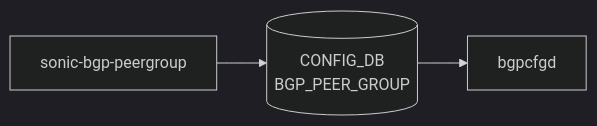
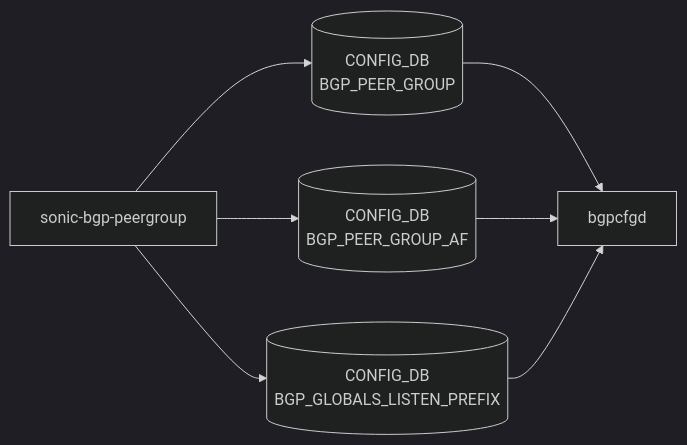
Before and after one commit to aoki-taquan/sonic-unofficial-docs: the diagram in docs/reference/yang/sonic-bgp-peergroup.md, drawn with Mermaid (dark theme). The commit also changed other lines of this file and 18 other files, not shown here.

````diff
--- a/docs/reference/yang/sonic-bgp-peergroup.md
+++ b/docs/reference/yang/sonic-bgp-peergroup.md
@@ -32,8 +32,14 @@
 ```mermaid
 flowchart LR
   Y["sonic-bgp-peergroup"]
   C1[("CONFIG_DB<br/>BGP_PEER_GROUP")]
+  C2[("CONFIG_DB<br/>BGP_PEER_GROUP_AF")]
+  C3[("CONFIG_DB<br/>BGP_GLOBALS_LISTEN_PREFIX")]
   Y --> C1
+  Y --> C2
+  Y --> C3
   D1["bgpcfgd"]
   C1 --> D1
+  C2 --> D1
+  C3 --> D1
 ```
````
